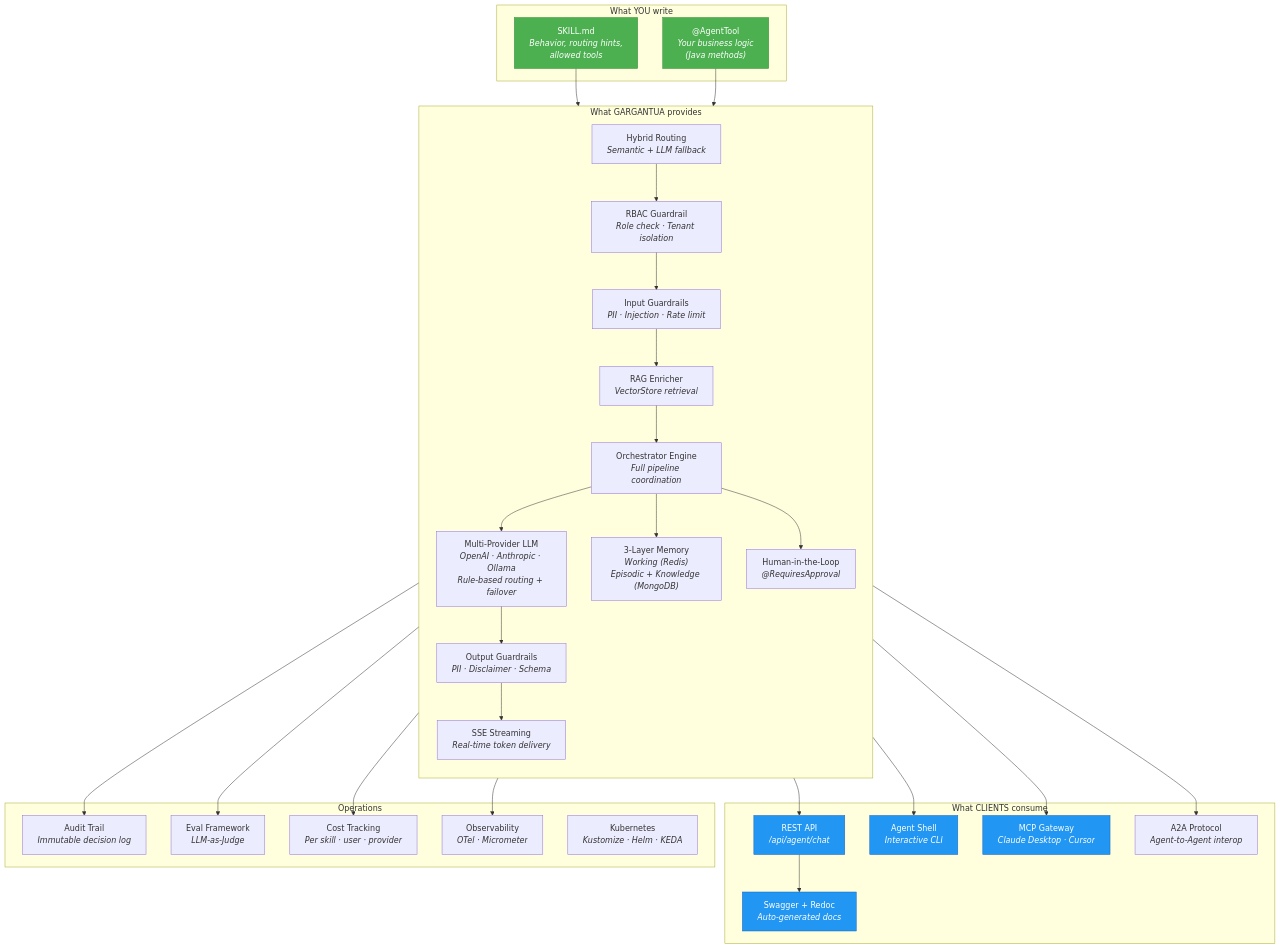
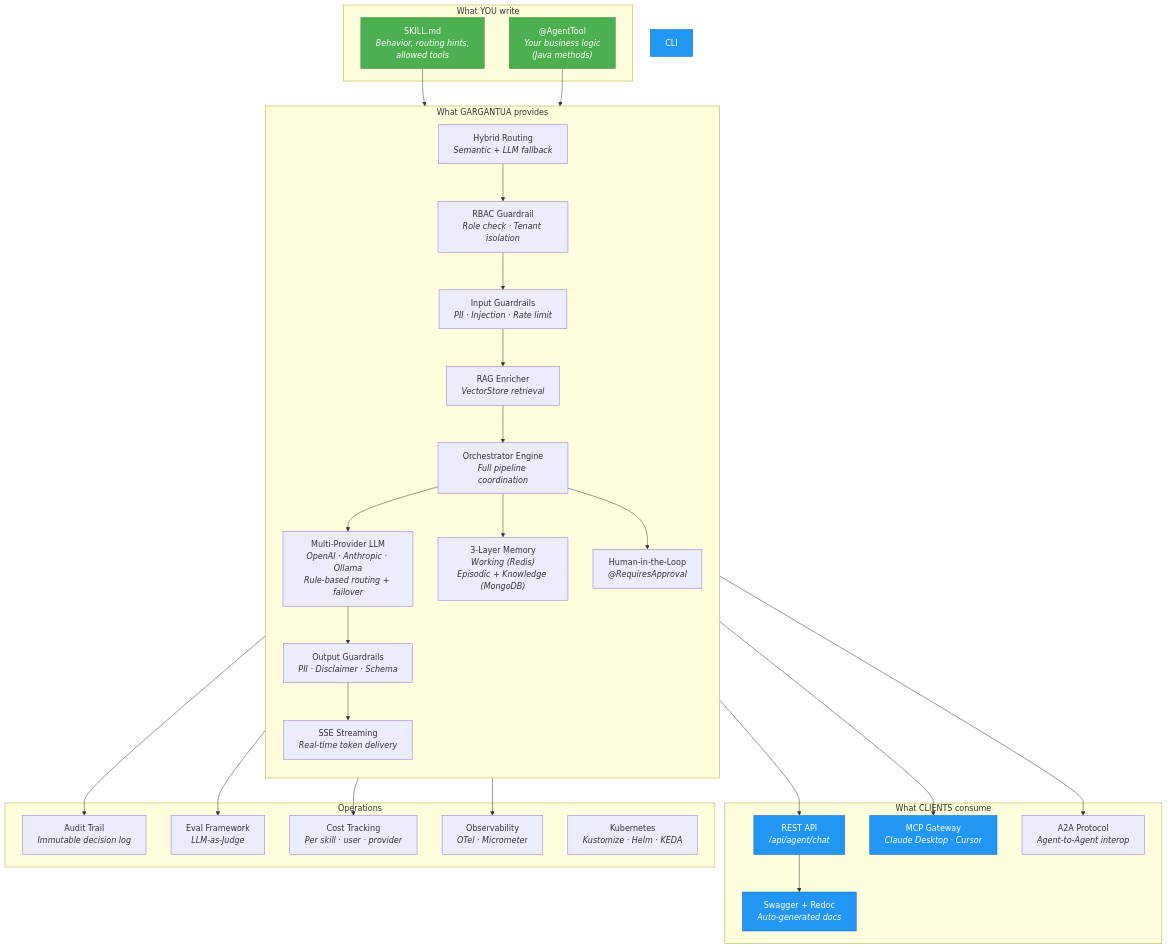
Before and after one commit to GiskardB/gargantua: the diagram in README.md, drawn with Mermaid. The commit also changed other lines of this file and 22 other files, not shown here.

First line of the commit message:
refactor: remove agent-shell module entirely

````diff
--- a/README.md
+++ b/README.md
@@ -132,66 +128,64 @@
 ```mermaid
 graph TB
     subgraph "What YOU write"
         SKILL["SKILL.md<br/><i>Behavior, routing hints,<br/>allowed tools</i>"]
         TOOL["@AgentTool<br/><i>Your business logic<br/>(Java methods)</i>"]
     end
 
     subgraph "What GARGANTUA provides"
         direction TB
 
         ROUTE["Hybrid Routing<br/><i>Semantic + LLM fallback</i>"]
         RBAC["RBAC Guardrail<br/><i>Role check · Tenant isolation</i>"]
         GUARD_IN["Input Guardrails<br/><i>PII · Injection · Rate limit</i>"]
         RAG["RAG Enricher<br/><i>VectorStore retrieval</i>"]
         ORCH["Orchestrator Engine<br/><i>Full pipeline coordination</i>"]
         LLM["Multi-Provider LLM<br/><i>OpenAI · Anthropic · Ollama<br/>Rule-based routing + failover</i>"]
         MEM["3-Layer Memory<br/><i>Working (Redis)<br/>Episodic + Knowledge (MongoDB)</i>"]
         GUARD_OUT["Output Guardrails<br/><i>PII · Disclaimer · Schema</i>"]
         STREAM["SSE Streaming<br/><i>Real-time token delivery</i>"]
         HITL["Human-in-the-Loop<br/><i>@RequiresApproval</i>"]
     end
 
     subgraph "What CLIENTS consume"
         API["REST API<br/><i>/api/agent/chat</i>"]
-        CLI["Agent Shell<br/><i>Interactive CLI</i>"]
         MCP["MCP Gateway<br/><i>Claude Desktop · Cursor</i>"]
         A2A["A2A Protocol<br/><i>Agent-to-Agent interop</i>"]
         DOCS["Swagger + Redoc<br/><i>Auto-generated docs</i>"]
     end
 
     subgraph "Operations"
         AUDIT["Audit Trail<br/><i>Immutable decision log</i>"]
         EVAL["Eval Framework<br/><i>LLM-as-Judge</i>"]
         COST["Cost Tracking<br/><i>Per skill · user · provider</i>"]
         OTEL["Observability<br/><i>OTel · Micrometer</i>"]
         K8S["Kubernetes<br/><i>Kustomize · Helm · KEDA</i>"]
     end
 
     SKILL --> ROUTE
     TOOL --> ORCH
     ROUTE --> RBAC
     RBAC --> GUARD_IN
     GUARD_IN --> RAG
     RAG --> ORCH
     ORCH --> LLM
     ORCH --> MEM
     LLM --> GUARD_OUT
     GUARD_OUT --> STREAM
     ORCH --> HITL
     STREAM --> API
-    STREAM --> CLI
     STREAM --> MCP
     STREAM --> A2A
     API --> DOCS
     ORCH --> AUDIT
     ORCH --> EVAL
     ORCH --> COST
     ORCH --> OTEL
 
     style SKILL fill:#4CAF50,color:#fff,stroke:#388E3C
     style TOOL fill:#4CAF50,color:#fff,stroke:#388E3C
     style API fill:#2196F3,color:#fff,stroke:#1565C0
     style CLI fill:#2196F3,color:#fff,stroke:#1565C0
     style MCP fill:#2196F3,color:#fff,stroke:#1565C0
     style DOCS fill:#2196F3,color:#fff,stroke:#1565C0
 ```
````
